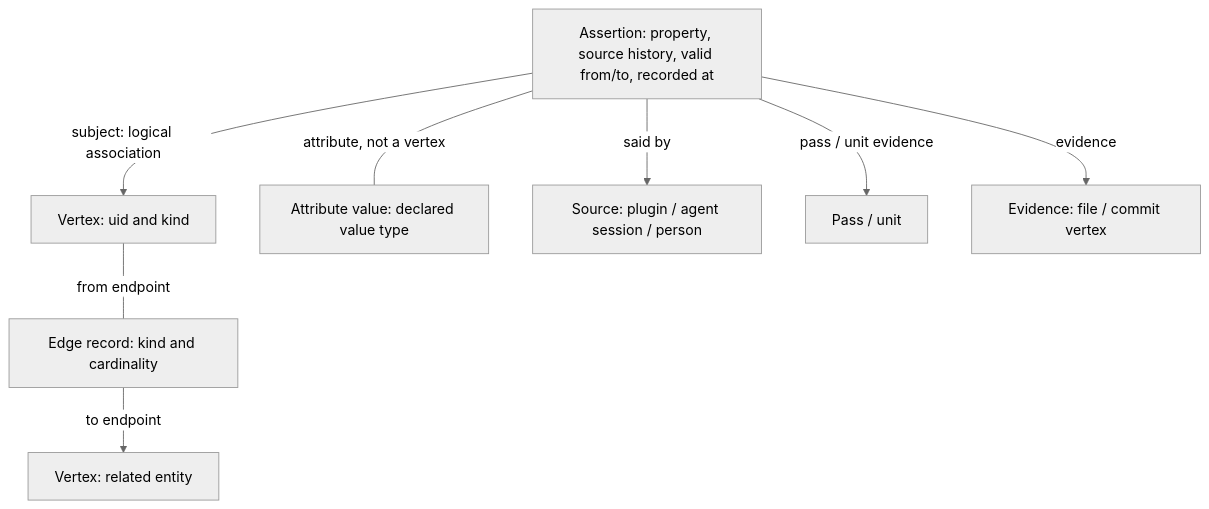
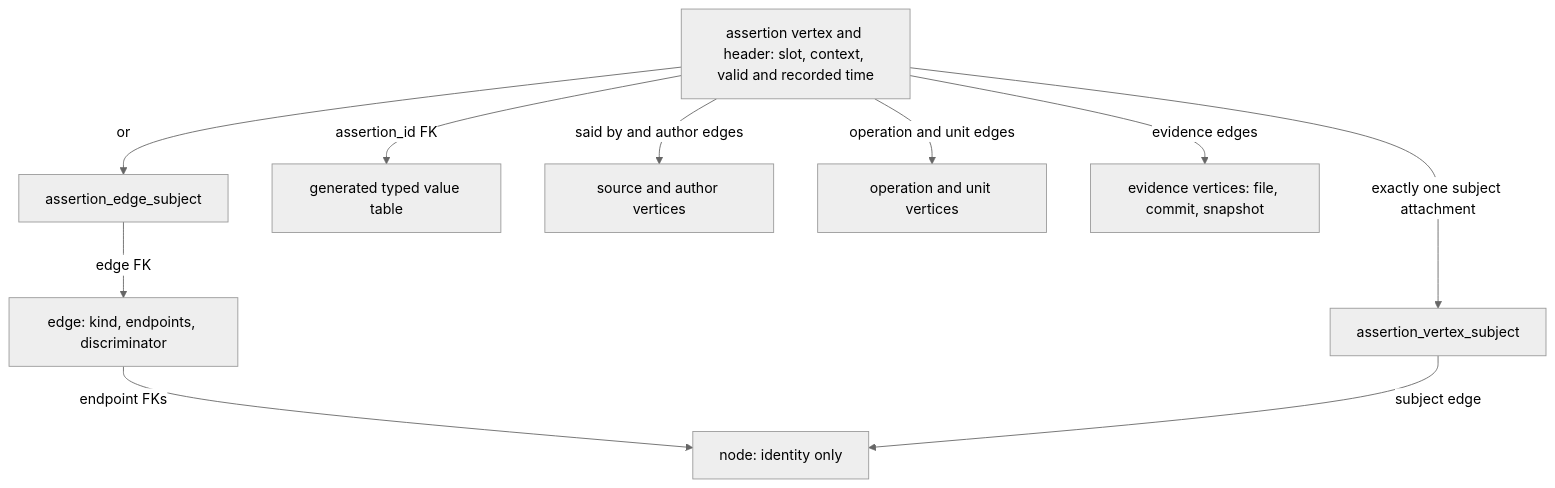
The first of 3 diagrams in docs/decisions/0039-core-graph-model.md (shady2k/madarch), drawn with Mermaid (neutral theme) before and after one commit. The commit also changed other lines of this file, not shown here.

````diff
--- a/docs/decisions/0039-core-graph-model.md
+++ b/docs/decisions/0039-core-graph-model.md
@@ -488,18 +982,21 @@
 ```mermaid
 flowchart TD
-  V["Vertex: uid and kind"]
-  W["Vertex: related entity"]
-  E["Edge record: kind and cardinality"]
-  A["Assertion: property, source history, valid from/to, recorded at"]
-  X["Attribute value: declared value type"]
-  S["Source: plugin / agent session / person"]
-  P["Pass / unit"]
-  F["Evidence: file / commit vertex"]
-  V ---|from endpoint| E
-  E -->|to endpoint| W
-  A -->|subject: logical association| V
-  A ---|attribute, not a vertex| X
-  A -->|said by| S
-  A -->|pass / unit evidence| P
-  A -->|evidence| F
+  N["node: identity only"]
+  E["edge: kind, endpoints, discriminator"]
+  A["assertion vertex and header: slot, context, valid and recorded time"]
+  VS["assertion_vertex_subject"]
+  ES["assertion_edge_subject"]
+  X["generated typed value table"]
+  S["source and author vertices"]
+  P["operation and unit vertices"]
+  F["evidence vertices: file, commit, snapshot"]
+  E -->|endpoint FKs| N
+  A -->|exactly one subject attachment| VS
+  A -->|or| ES
+  VS -->|subject edge| N
+  ES -->|edge FK| E
+  A -->|assertion_id FK| X
+  A -->|said by and author edges| S
+  A -->|operation and unit edges| P
+  A -->|evidence edges| F
 ```
````
